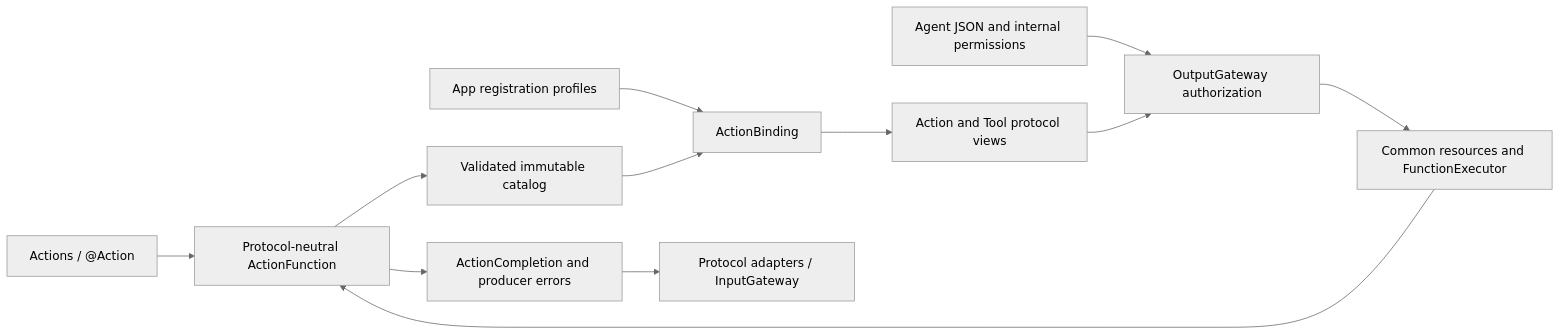
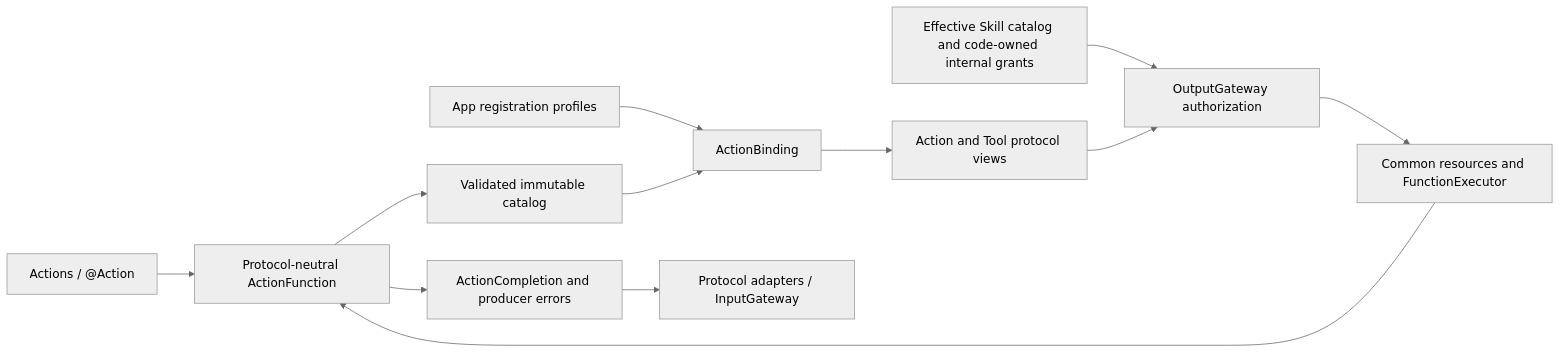
The eighth of 32 diagrams in MobileHarness/README.md (devilyouwei/MobileHarness), drawn with Mermaid (neutral theme) before and after one commit. The commit also changed other lines of this file and 160 other files, not shown here.

````diff
--- a/MobileHarness/README.md
+++ b/MobileHarness/README.md
@@ -808,14 +596,14 @@
 ```mermaid
 flowchart LR
     Source["Actions / @Action"] --> Function[Protocol-neutral ActionFunction]
     Function --> Catalog[Validated immutable catalog]
     Host[App registration profiles] --> Binding[ActionBinding]
     Catalog --> Binding
     Binding --> Registry[Action and Tool protocol views]
-    Grants[Agent JSON and internal permissions] --> Gateway[OutputGateway authorization]
+    Grants[Effective Skill catalog and code-owned internal grants] --> Gateway[OutputGateway authorization]
     Registry --> Gateway
     Gateway --> Execute[Common resources and FunctionExecutor]
     Execute --> Function
     Function --> Outcome[ActionCompletion and producer errors]
     Outcome --> Feedback[Protocol adapters / InputGateway]
 ```
````
